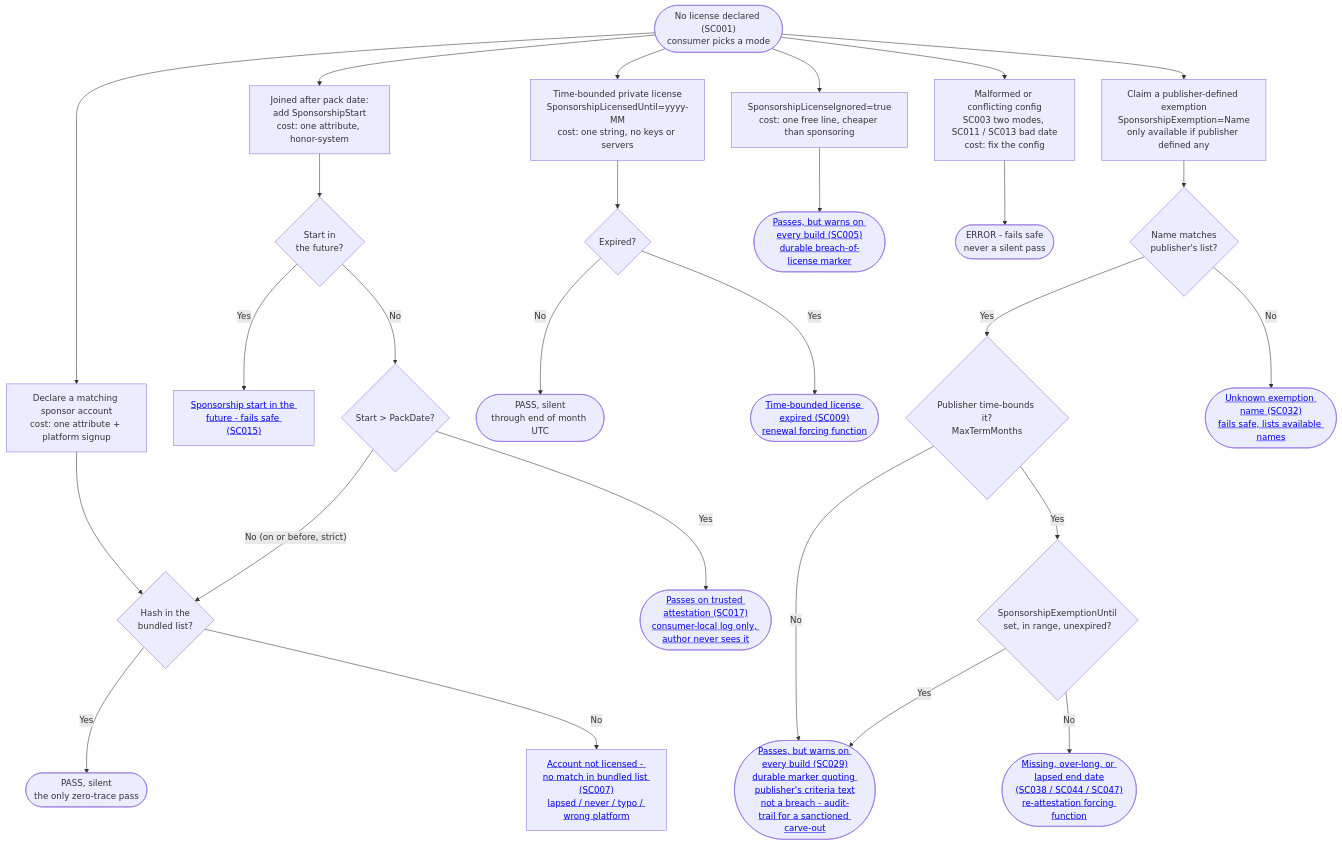
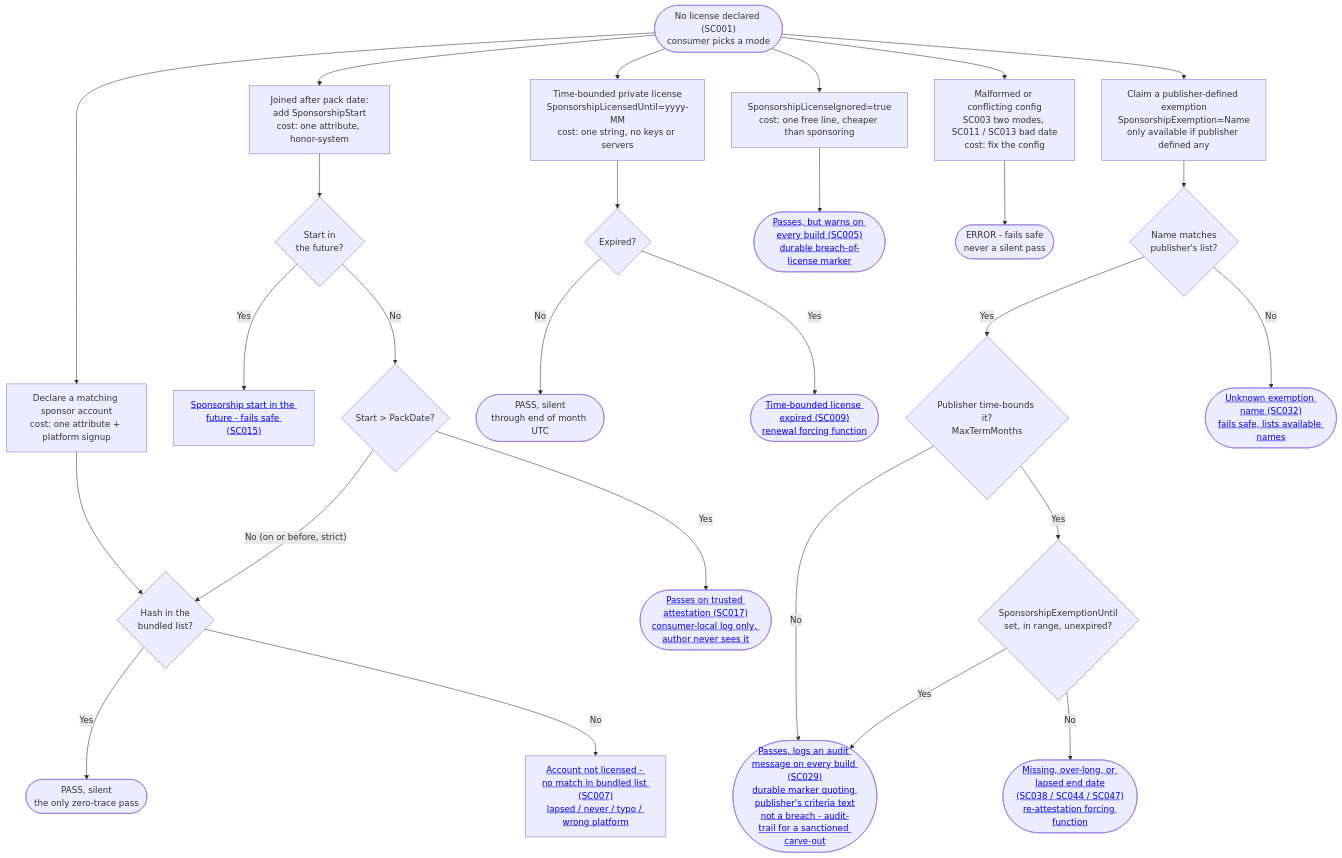
The second of 4 diagrams in docs/WhyBuildTimeVerification.md (SimonCropp/SponsorCheck), drawn with Mermaid before and after one commit. The commit also changed other lines of this file and 38 other files, not shown here.

````diff
--- a/docs/WhyBuildTimeVerification.md
+++ b/docs/WhyBuildTimeVerification.md
@@ -89,36 +89,36 @@
 ```mermaid
 flowchart TD
     Root([No license declared #40;SC001#41;<br/>consumer picks a mode]) --> Sponsor
     Root --> Start
     Root --> License
     Root --> Exempt
     Root --> Ignore
     Root --> Bad
 
     Sponsor["Declare a matching sponsor account<br/>cost: one attribute + platform signup"] --> SMatch{"Hash in the<br/>bundled list?"}
     SMatch -->|"Yes"| SPass(["PASS, silent<br/>the only zero-trace pass"])
     SMatch -->|"No"| SC007[<a href='https://github.com/SimonCropp/SponsorCheck/blob/main/docs/VerifierDiagnosticCodes.md#sc007'>Account not licensed - no match in bundled list #40;SC007#41;<br/>lapsed / never / typo / wrong platform</a>]
 
     Start["Joined after pack date:<br/>add SponsorshipStart<br/>cost: one attribute, honor-system"] --> SFuture{"Start in<br/>the future?"}
     SFuture -->|"Yes"| SC015[<a href='https://github.com/SimonCropp/SponsorCheck/blob/main/docs/VerifierDiagnosticCodes.md#sc015'>Sponsorship start in the future - fails safe #40;SC015#41;</a>]
     SFuture -->|"No"| SAfter{"Start &gt; PackDate?"}
     SAfter -->|"Yes"| SC017([<a href='https://github.com/SimonCropp/SponsorCheck/blob/main/docs/VerifierDiagnosticCodes.md#sc017'>Passes on trusted attestation #40;SC017#41;<br/>consumer-local log only, author never sees it</a>])
     SAfter -->|"No (on or before, strict)"| SMatch
 
     License["Time-bounded private license<br/>SponsorshipLicensedUntil=yyyy-MM<br/>cost: one string, no keys or servers"] --> LExp{"Expired?"}
     LExp -->|"No"| LPass(["PASS, silent<br/>through end of month UTC"])
     LExp -->|"Yes"| SC009([<a href='https://github.com/SimonCropp/SponsorCheck/blob/main/docs/VerifierDiagnosticCodes.md#sc009'>Time-bounded license expired #40;SC009#41;<br/>renewal forcing function</a>])
 
     Exempt["Claim a publisher-defined exemption<br/>SponsorshipExemption=Name<br/>only available if publisher defined any"] --> EKnown{"Name matches<br/>publisher's list?"}
     EKnown -->|"Yes"| EBound{"Publisher time-bounds it?<br/>MaxTermMonths"}
     EBound -->|"No"| SC029
     EBound -->|"Yes"| EExp{"SponsorshipExemptionUntil<br/>set, in range, unexpired?"}
     EExp -->|"Yes"| SC029
     EExp -->|"No"| SC038([<a href='https://github.com/SimonCropp/SponsorCheck/blob/main/docs/VerifierDiagnosticCodes.md#sc038'>Missing, over-long, or lapsed end date<br/>#40;SC038 / SC044 / SC047#41;<br/>re-attestation forcing function</a>])
-    SC029([<a href='https://github.com/SimonCropp/SponsorCheck/blob/main/docs/VerifierDiagnosticCodes.md#sc029'>Passes, but warns on every build #40;SC029#41;<br/>durable marker quoting publisher's criteria text<br/>not a breach - audit-trail for a sanctioned carve-out</a>])
+    SC029([<a href='https://github.com/SimonCropp/SponsorCheck/blob/main/docs/VerifierDiagnosticCodes.md#sc029'>Passes, logs an audit message on every build #40;SC029#41;<br/>durable marker quoting publisher's criteria text<br/>not a breach - audit-trail for a sanctioned carve-out</a>])
     EKnown -->|"No"| SC032([<a href='https://github.com/SimonCropp/SponsorCheck/blob/main/docs/VerifierDiagnosticCodes.md#sc032'>Unknown exemption name #40;SC032#41;<br/>fails safe, lists available names</a>])
 
     Ignore["SponsorshipLicenseIgnored=true<br/>cost: one free line, cheaper than sponsoring"] --> SC005([<a href='https://github.com/SimonCropp/SponsorCheck/blob/main/docs/VerifierDiagnosticCodes.md#sc005'>Passes, but warns on every build #40;SC005#41;<br/>durable breach-of-license marker</a>])
 
     Bad["Malformed or conflicting config<br/>SC003 two modes, SC011 / SC013 bad date<br/>cost: fix the config"] --> BadEnd(["ERROR - fails safe<br/>never a silent pass"])
 ```
````
